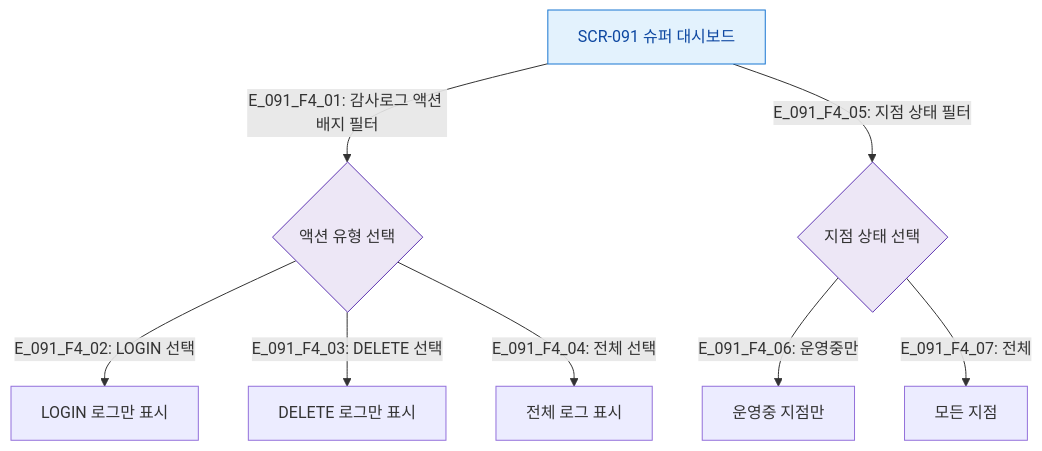
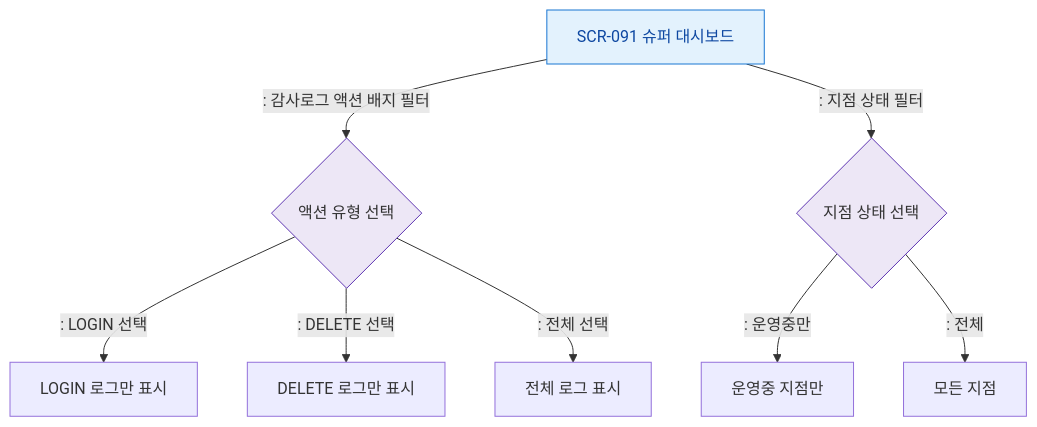
One commit to dev-spogym/admin-pando changed the diagram in docs/다이어그램/D10_본사관리/SCR-091_슈퍼대시보드/F4_필터.md. Above: the diagram before and after it, drawn with Mermaid. The commit also changed other lines of this file and 1660 other files, not shown here.

First line of the commit message:
다이어그램: 기획자/클라이언트 납품본으로 정리

````diff
--- a/docs/다이어그램/D10_본사관리/SCR-091_슈퍼대시보드/F4_필터.md
+++ b/docs/다이어그램/D10_본사관리/SCR-091_슈퍼대시보드/F4_필터.md
@@ -14,19 +12,19 @@
 ```mermaid
 flowchart TD
   SCR_091[SCR-091 슈퍼 대시보드]
 
-  SCR_091 -->|"E_091_F4_01: 감사로그 액션 배지 필터"| AuditFilter{액션 유형 선택}
-  AuditFilter -->|"E_091_F4_02: LOGIN 선택"| FilterLogin[LOGIN 로그만 표시]
-  AuditFilter -->|"E_091_F4_03: DELETE 선택"| FilterDelete[DELETE 로그만 표시]
-  AuditFilter -->|"E_091_F4_04: 전체 선택"| FilterAll[전체 로그 표시]
+  SCR_091 -->|": 감사로그 액션 배지 필터"|AuditFilter{액션 유형 선택}
+  AuditFilter -->|": LOGIN 선택"|FilterLogin[LOGIN 로그만 표시]
+  AuditFilter -->|": DELETE 선택"|FilterDelete[DELETE 로그만 표시]
+  AuditFilter -->|": 전체 선택"|FilterAll[전체 로그 표시]
 
-  SCR_091 -->|"E_091_F4_05: 지점 상태 필터"| BranchFilter{지점 상태 선택}
-  BranchFilter -->|"E_091_F4_06: 운영중만"| ActiveOnly[운영중 지점만]
-  BranchFilter -->|"E_091_F4_07: 전체"| AllBranches[모든 지점]
+  SCR_091 -->|": 지점 상태 필터"|BranchFilter{지점 상태 선택}
+  BranchFilter -->|": 운영중만"|ActiveOnly[운영중 지점만]
+  BranchFilter -->|": 전체"|AllBranches[모든 지점]
 
   classDef screen fill:#E3F2FD,stroke:#1976D2,color:#0D47A1
   classDef system fill:#EDE7F6,stroke:#5E35B2
 
   class SCR_091 screen
   class AuditFilter,BranchFilter system
 ```
````
